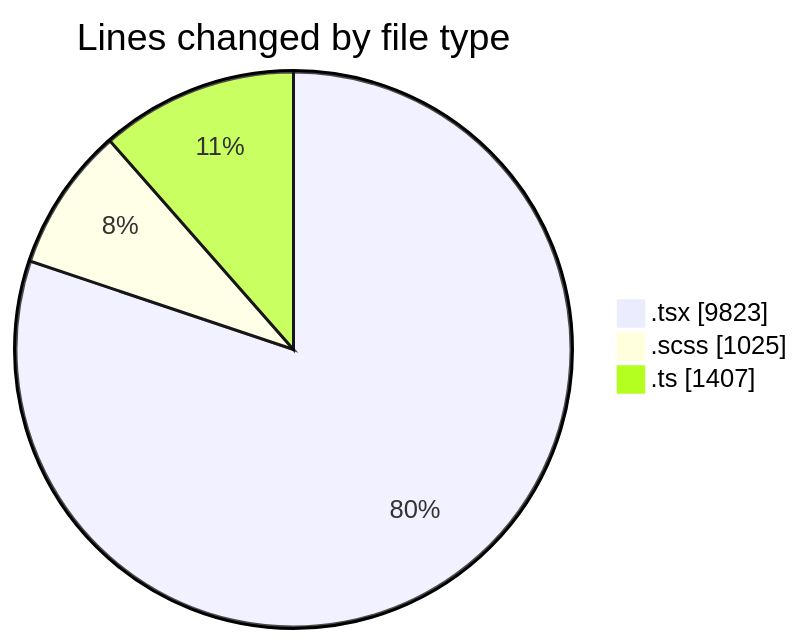
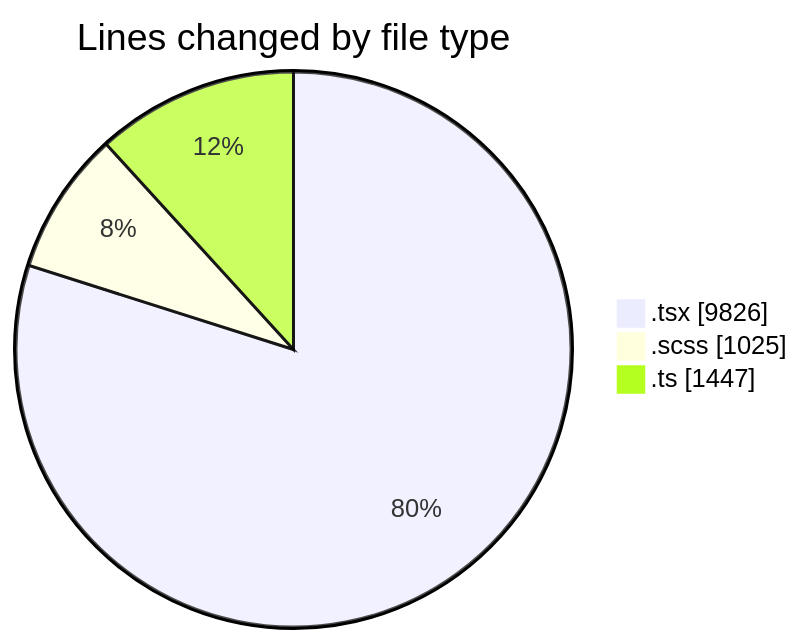
One commit to momahboobian/code-tracking changed the first of 2 diagrams in 2026-05-01/cda/README.md. Above: the diagram before and after it, drawn with Mermaid. The commit also changed other lines of this file and 1 other file, not shown here.

````diff
--- a/2026-05-01/cda/README.md
+++ b/2026-05-01/cda/README.md
@@ -64,7 +65,7 @@
 ```mermaid
 pie showData
 title Lines changed by file type
-".tsx" : 9823
+".tsx" : 9826
 ".scss" : 1025
-".ts" : 1407
+".ts" : 1447
 ```
````
